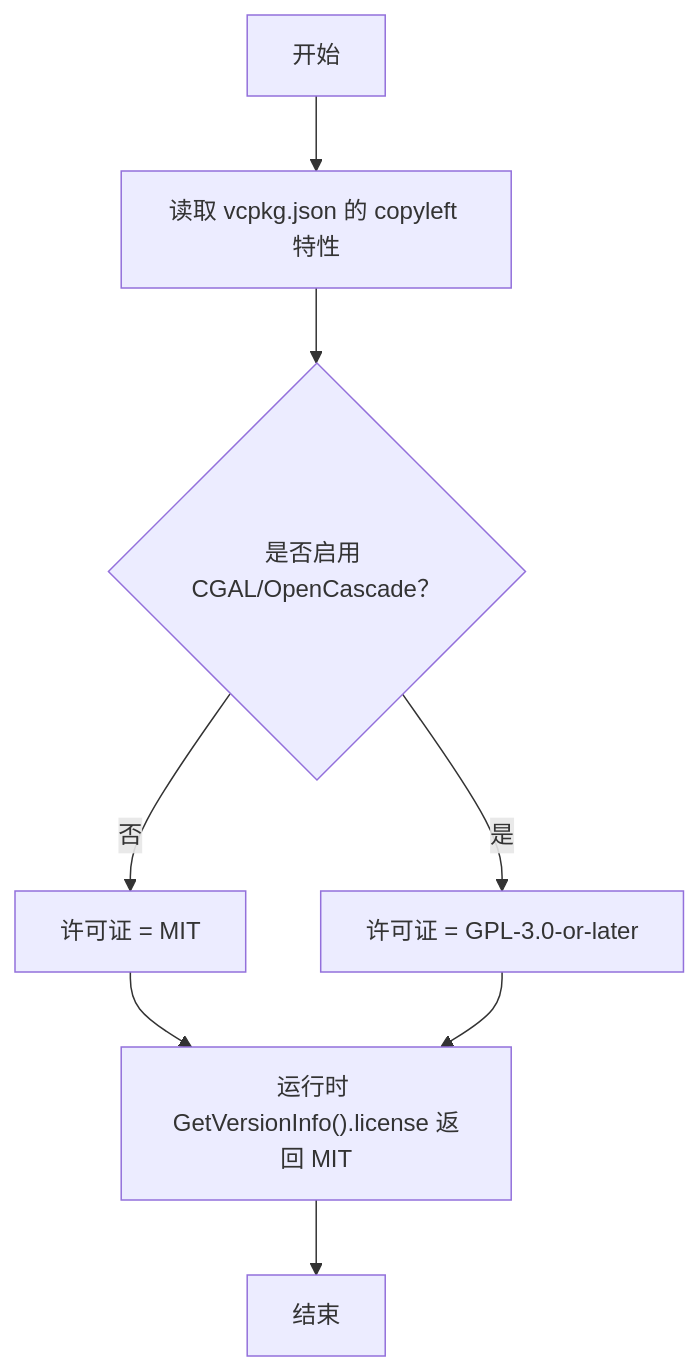
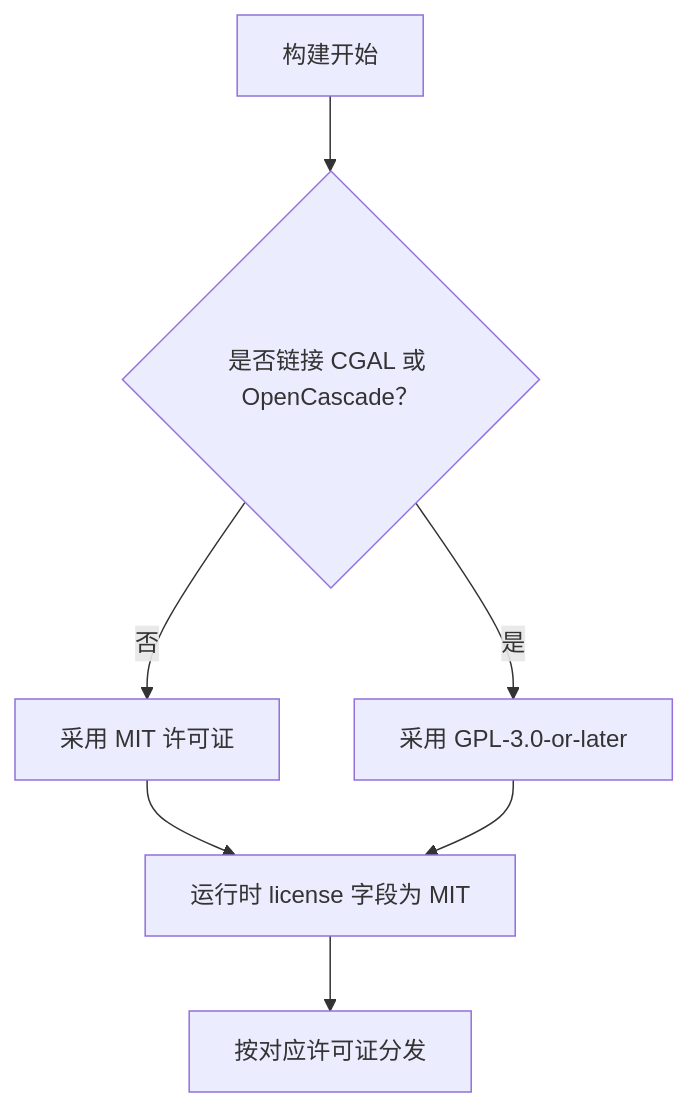
The third of 6 diagrams in .qoder/repowiki/zh/content/附录.md (hsmbanlance/HsBaSlicer), drawn with Mermaid before and after one commit. The commit also changed other lines of this file and 1095 other files, not shown here.

````diff
--- a/.qoder/repowiki/zh/content/附录.md
+++ b/.qoder/repowiki/zh/content/附录.md
@@ -127,10 +166,9 @@
 ```mermaid
 flowchart TD
-Start["开始"] --> CheckVcpkg["读取 vcpkg.json 的 copyleft 特性"]
-CheckVcpkg --> HasCopyleft{"是否启用 CGAL/OpenCascade？"}
-HasCopyleft --> |否| MIT["许可证 = MIT"]
-HasCopyleft --> |是| GPL["许可证 = GPL-3.0-or-later"]
-MIT --> Runtime["运行时 GetVersionInfo().license 返回 MIT"]
-GPL --> Runtime
-Runtime --> End["结束"]
+BuildStart["构建开始"] --> LinkCheck{"是否链接 CGAL 或 OpenCascade？"}
+LinkCheck --> |否| MITLicense["采用 MIT 许可证"]
+LinkCheck --> |是| GPLLicense["采用 GPL-3.0-or-later"]
+MITLicense --> RuntimeInfo["运行时 license 字段为 MIT"]
+GPLLicense --> RuntimeInfo
+RuntimeInfo --> Distribute["按对应许可证分发"]
 ```
````
